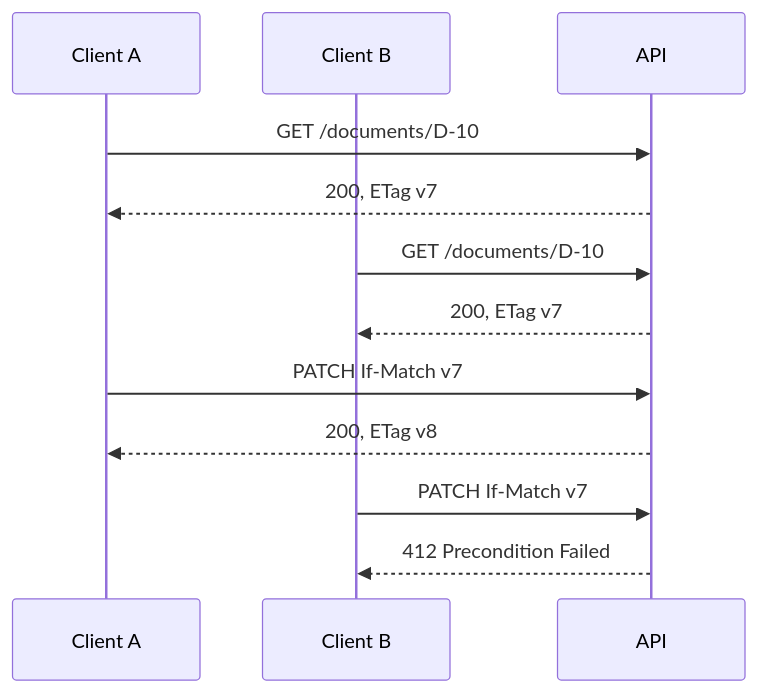
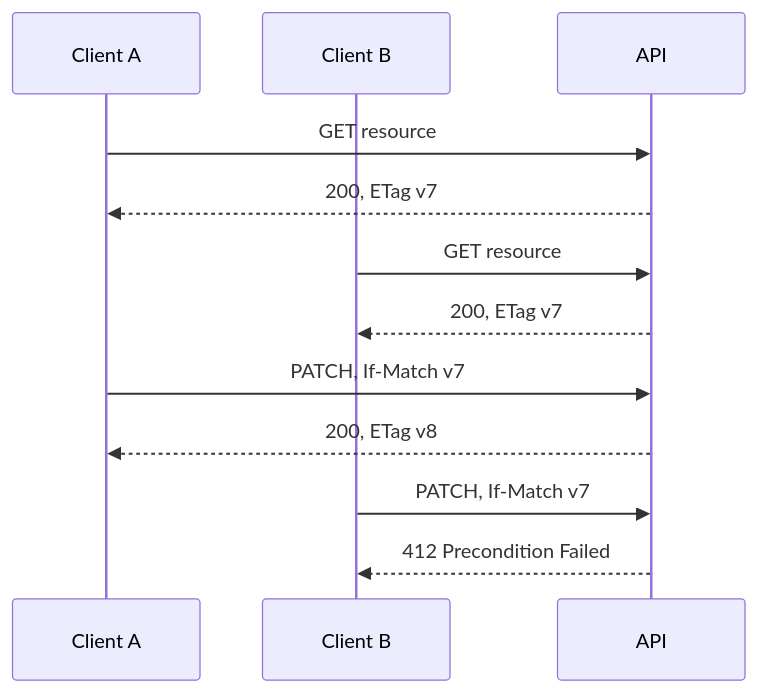
One commit to AvadhBhalodiya/Interview-Preparation changed the fourth of 4 diagrams in src/content/api-design/rest-http-methods-status-codes.md. Above: the diagram before and after it, drawn with Mermaid. The commit also changed other lines of this file and 54 other files, not shown here.

````diff
--- a/src/content/api-design/rest-http-methods-status-codes.md
+++ b/src/content/api-design/rest-http-methods-status-codes.md
@@ -1471,18 +1013,18 @@
 ```mermaid
 sequenceDiagram
     participant A as Client A
     participant B as Client B
     participant API as API
 
-    A->>API: GET /documents/D-10
+    A->>API: GET resource
     API-->>A: 200, ETag v7
 
-    B->>API: GET /documents/D-10
+    B->>API: GET resource
     API-->>B: 200, ETag v7
 
-    A->>API: PATCH If-Match v7
+    A->>API: PATCH, If-Match v7
     API-->>A: 200, ETag v8
 
-    B->>API: PATCH If-Match v7
+    B->>API: PATCH, If-Match v7
     API-->>B: 412 Precondition Failed
 ```
````
